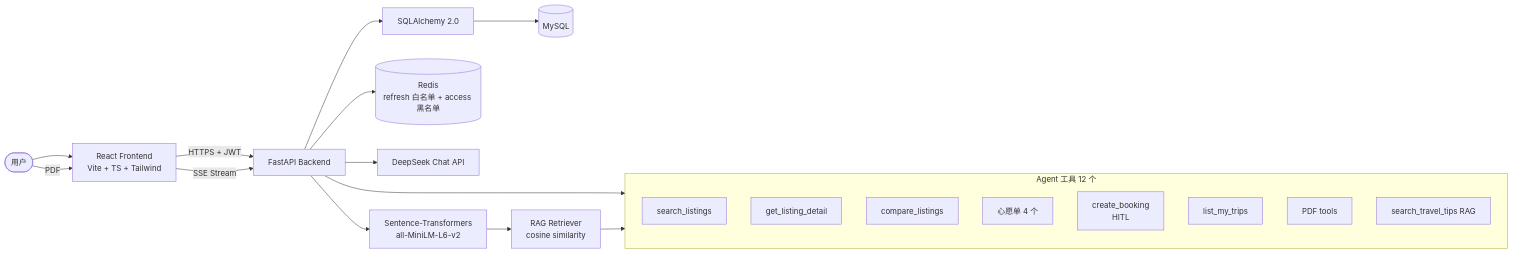
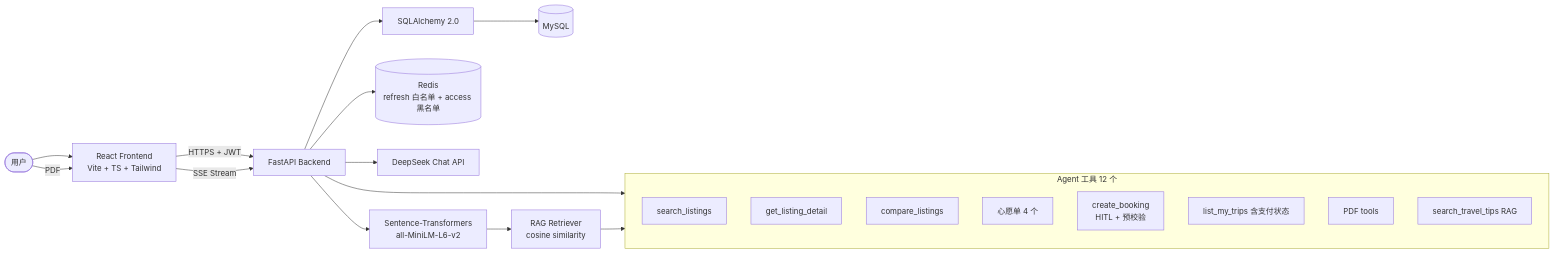
One commit to kingwu396/stayagent changed the diagram in README.md. Above: the diagram before and after it, drawn with Mermaid. The commit also changed other lines of this file and 4 other files, not shown here.

````diff
--- a/README.md
+++ b/README.md
@@ -39,31 +38,31 @@
 ```mermaid
 graph LR
   User([用户]) --> FE[React Frontend<br/>Vite + TS + Tailwind]
   User -->|PDF| FE
 
   FE -->|HTTPS + JWT| BE[FastAPI Backend]
   FE -->|SSE Stream| BE
 
   BE --> ORM[SQLAlchemy 2.0]
   ORM --> DB[(MySQL)]
 
   BE --> Redis[(Redis<br/>refresh 白名单 + access 黑名单)]
   BE --> LLM[DeepSeek Chat API]
   BE --> Embed[Sentence-Transformers<br/>all-MiniLM-L6-v2]
 
   Embed --> RAG[RAG Retriever<br/>cosine similarity]
 
   subgraph Tools[Agent 工具 12 个]
       T1[search_listings]
       T2[get_listing_detail]
       T3[compare_listings]
       T4-7[心愿单 4 个]
-      T8[create_booking<br/>HITL]
-      T9[list_my_trips]
+      T8[create_booking<br/>HITL + 预校验]
+      T9[list_my_trips 含支付状态]
       T10-11[PDF tools]
       T12[search_travel_tips RAG]
     end
 
   BE --> Tools
   RAG --> Tools
 ```
````
